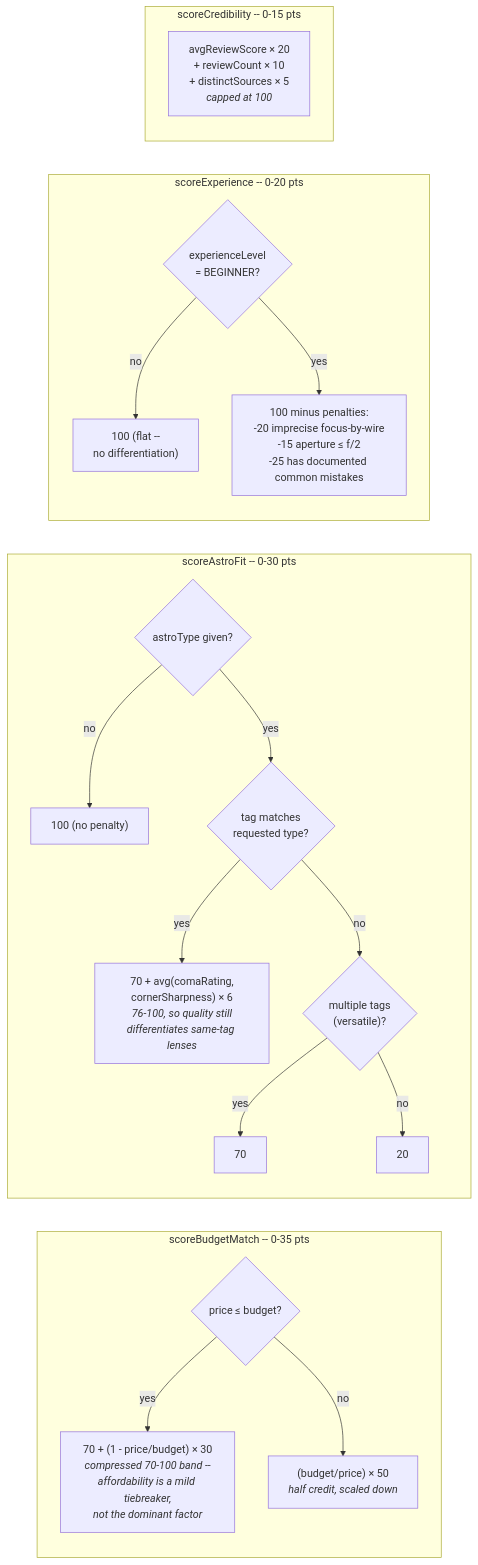
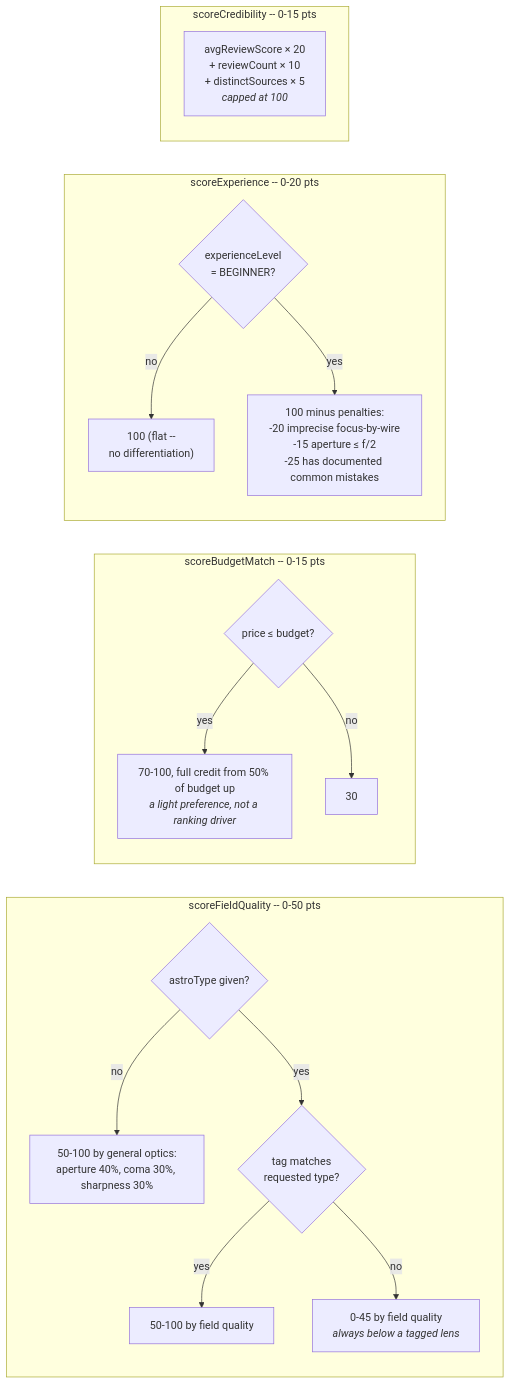
Before and after one commit to amxza/FocusFinder: the second of 2 diagrams in focusproj/docs/recommendation-algorithm.md, drawn with Mermaid. The commit also changed other lines of this file and 14 other files, not shown here.

Commit message:
Revised the recommendation engine scoring to ensure quality over price

````diff
--- a/focusproj/docs/recommendation-algorithm.md
+++ b/focusproj/docs/recommendation-algorithm.md
@@ -30,32 +30,30 @@
 ```mermaid
 flowchart LR
-    subgraph Budget["scoreBudgetMatch -- 0-35 pts"]
+    subgraph Field["scoreFieldQuality -- 0-50 pts"]
+        direction TB
+        F0{"astroType given?"}
+        F0 -- no --> F1["50-100 by general optics:<br/>aperture 40%, coma 30%, sharpness 30%"]
+        F0 -- yes --> F2{"tag matches<br/>requested type?"}
+        F2 -- yes --> F3["50-100 by field quality"]
+        F2 -- no --> F4["0-45 by field quality<br/><i>always below a tagged lens</i>"]
+    end
+
+    subgraph Budget["scoreBudgetMatch -- 0-15 pts"]
         direction TB
         B1{"price &le; budget?"}
-        B1 -- yes --> B2["70 + (1 - price/budget) &times; 30<br/><i>compressed 70-100 band --<br/>affordability is a mild tiebreaker,<br/>not the dominant factor</i>"]
-        B1 -- no --> B3["(budget/price) &times; 50<br/><i>half credit, scaled down</i>"]
-    end
-
-    subgraph Astro["scoreAstroFit -- 0-30 pts"]
-        direction TB
-        A0{"astroType given?"}
-        A0 -- no --> A4["100 (no penalty)"]
-        A0 -- yes --> A1{"tag matches<br/>requested type?"}
-        A1 -- yes --> A2["70 + avg(comaRating,<br/>cornerSharpness) &times; 6<br/><i>76-100, so quality still<br/>differentiates same-tag lenses</i>"]
-        A1 -- no --> A3{"multiple tags<br/>(versatile)?"}
-        A3 -- yes --> A3a["70"]
-        A3 -- no --> A3b["20"]
+        B1 -- yes --> B2["70-100, full credit from 50% of budget up<br/><i>a light preference, not a ranking driver</i>"]
+        B1 -- no --> B3["30"]
     end
 
     subgraph Exp["scoreExperience -- 0-20 pts"]
         direction TB
         E0{"experienceLevel<br/>= BEGINNER?"}
         E0 -- no --> E4["100 (flat --<br/>no differentiation)"]
         E0 -- yes --> E1["100 minus penalties:<br/>-20 imprecise focus-by-wire<br/>-15 aperture &le; f/2<br/>-25 has documented common mistakes"]
     end
 
     subgraph Cred["scoreCredibility -- 0-15 pts"]
         direction TB
         C1["avgReviewScore &times; 20<br/>+ reviewCount &times; 10<br/>+ distinctSources &times; 5<br/><i>capped at 100</i>"]
     end
 ```
````
